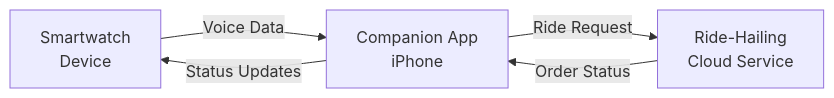
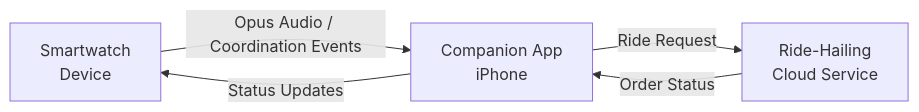
Before and after one commit to htangsmart/FitCloudPro-SDK-iOS: the first of 2 diagrams in Others/voice-ride-hailing/VOICE_RIDE_HAILING_EN.md, drawn with Mermaid. The commit also changed other lines of this file and 40 other files, not shown here.

````diff
--- a/Others/voice-ride-hailing/VOICE_RIDE_HAILING_EN.md
+++ b/Others/voice-ride-hailing/VOICE_RIDE_HAILING_EN.md
@@ -19,7 +19,7 @@
 ```mermaid
 flowchart LR
-    A[Smartwatch<br>Device] -->|Voice Data| B[Companion App<br>iPhone]
+    A[Smartwatch<br>Device] -->|Opus Audio / Coordination Events| B[Companion App<br>iPhone]
     B -->|Ride Request| C[Ride-Hailing<br>Cloud Service]
     C -->|Order Status| B
     B -->|Status Updates| A
 ```
````
